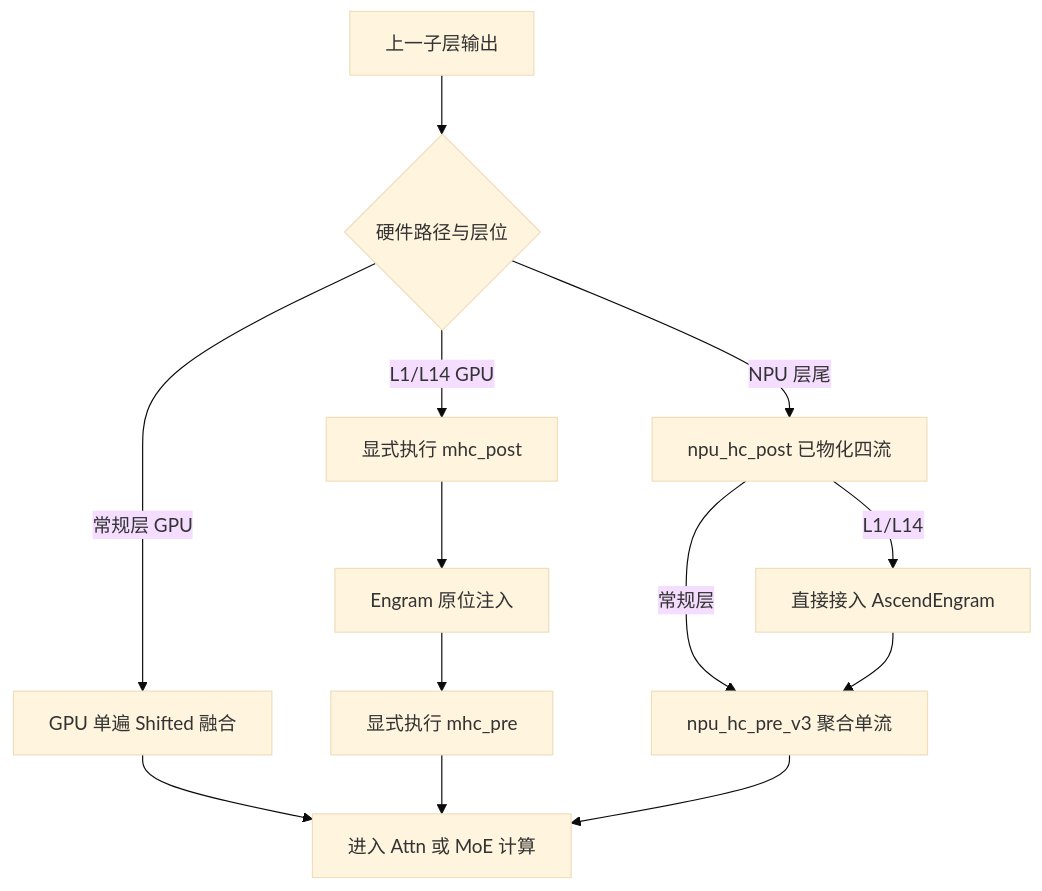
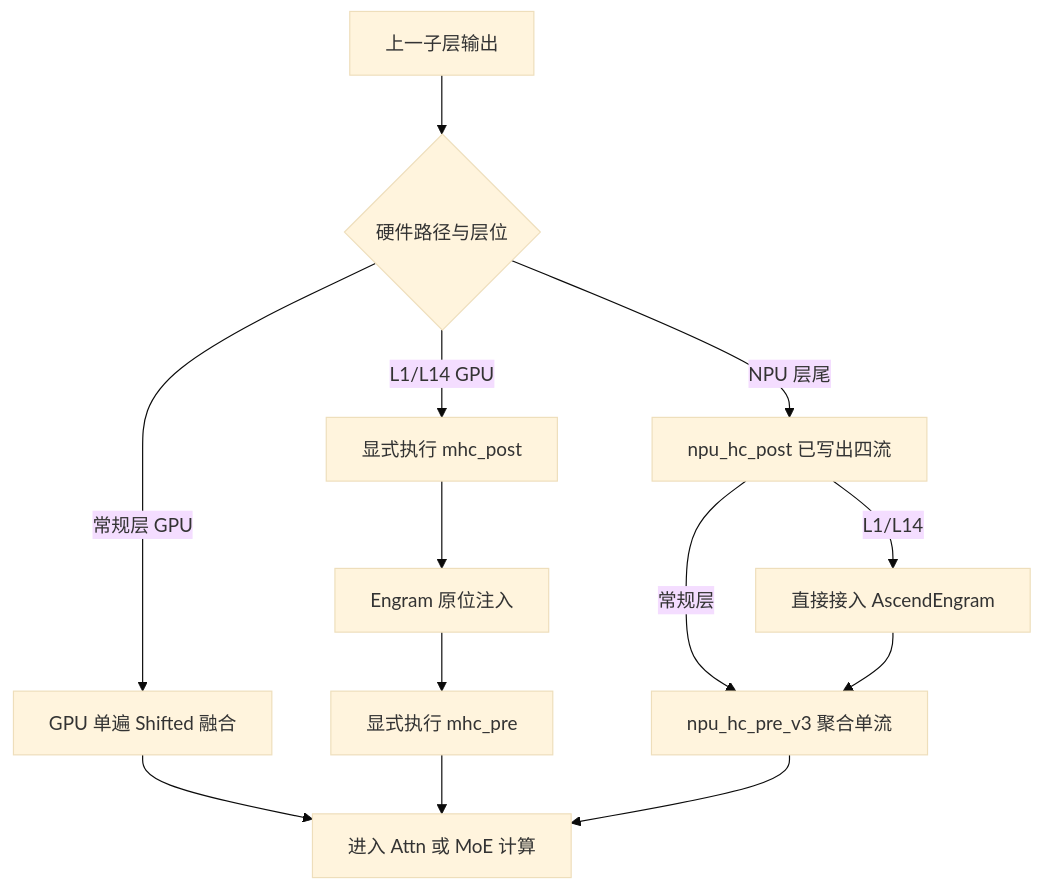
One commit to xingcanlee/infra-note changed the diagram in src/content/posts/deepseek/08-mhc/index.mdx. Above: the diagram before and after it, drawn with Mermaid (base theme). The commit also changed other lines of this file and 60 other files, not shown here.

````diff
--- a/src/content/posts/deepseek/08-mhc/index.mdx
+++ b/src/content/posts/deepseek/08-mhc/index.mdx
@@ -125,15 +143,15 @@
 ```mermaid caption="图 5：V4.1 单遍延迟融合与第 1、14 层 Engram 边界控制流"
 flowchart TD
   PREV["上一子层输出"] --> CHECK{"硬件路径与层位"}
   CHECK -->|"常规层 GPU"| SHIFT["GPU 单遍 Shifted 融合"]
   CHECK -->|"L1/L14 GPU"| POST["显式执行 mhc_post"]
   POST --> ENG["Engram 原位注入"]
   ENG --> PRE["显式执行 mhc_pre"]
-  CHECK -->|"NPU 层尾"| NPU["npu_hc_post 已物化四流"]
+  CHECK -->|"NPU 层尾"| NPU["npu_hc_post 已写出四流"]
   NPU -->|"常规层"| NPUPRE["npu_hc_pre_v3 聚合单流"]
   NPU -->|"L1/L14"| NPUENG["直接接入 AscendEngram"]
   NPUENG --> NPUPRE
   SHIFT --> NEXT["进入 Attn 或 MoE 计算"]
   PRE --> NEXT
   NPUPRE --> NEXT
 ```
````
